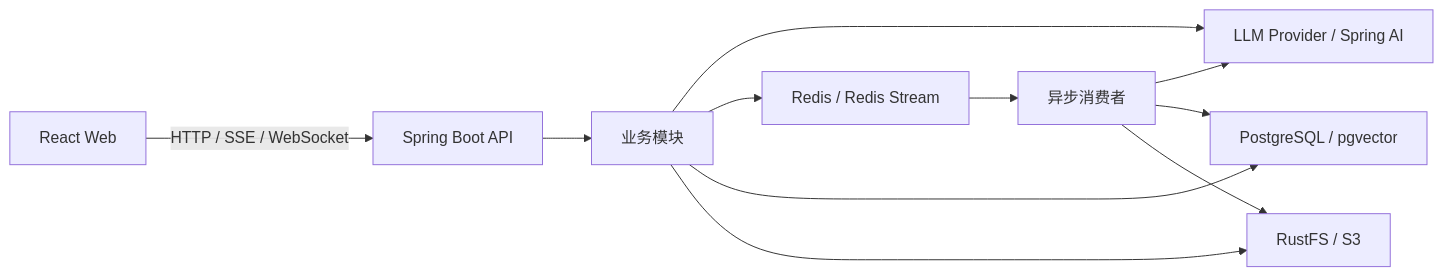
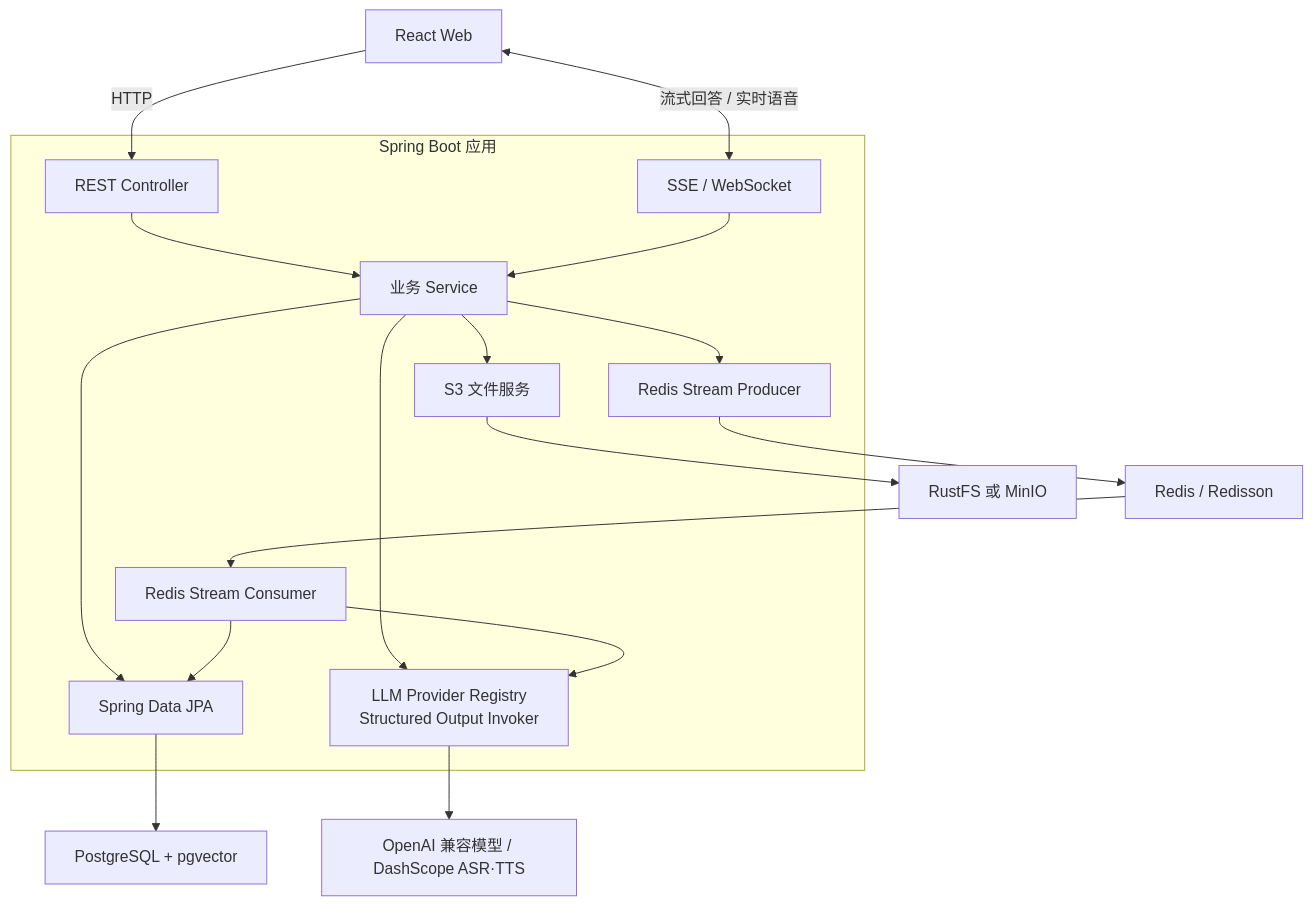
One commit to cixingji/interview changed the second of 3 diagrams in README.md. Above: the diagram before and after it, drawn with Mermaid. The commit also changed other lines of this file, not shown here.

````diff
--- a/README.md
+++ b/README.md
@@ -45,13 +150,36 @@
 ```mermaid
-flowchart LR
-  U["React Web"] -->|HTTP / SSE / WebSocket| A["Spring Boot API"]
-  A --> M["业务模块"]
-  M --> AI["LLM Provider / Spring AI"]
-  M --> R["Redis / Redis Stream"]
-  M --> P["PostgreSQL / pgvector"]
-  M --> S["RustFS / S3"]
-  R --> W["异步消费者"]
-  W --> AI
-  W --> P
-  W --> S
+flowchart TB
+  Browser["React Web"]
+
+  subgraph Backend["Spring Boot 应用"]
+    API["REST Controller"]
+    SSE["SSE / WebSocket"]
+    Service["业务 Service"]
+    AI["LLM Provider Registry\nStructured Output Invoker"]
+    Producer["Redis Stream Producer"]
+    Consumer["Redis Stream Consumer"]
+    Repository["Spring Data JPA"]
+    Storage["S3 文件服务"]
+  end
+
+  PG["PostgreSQL + pgvector"]
+  Redis["Redis / Redisson"]
+  S3["RustFS 或 MinIO"]
+  Model["OpenAI 兼容模型 / DashScope ASR·TTS"]
+
+  Browser -->|HTTP| API
+  Browser <-->|流式回答 / 实时语音| SSE
+  API --> Service
+  SSE --> Service
+  Service --> Repository
+  Service --> AI
+  Service --> Producer
+  Service --> Storage
+  Producer --> Redis
+  Redis --> Consumer
+  Consumer --> AI
+  Consumer --> Repository
+  Repository --> PG
+  Storage --> S3
+  AI --> Model
 ```
````
